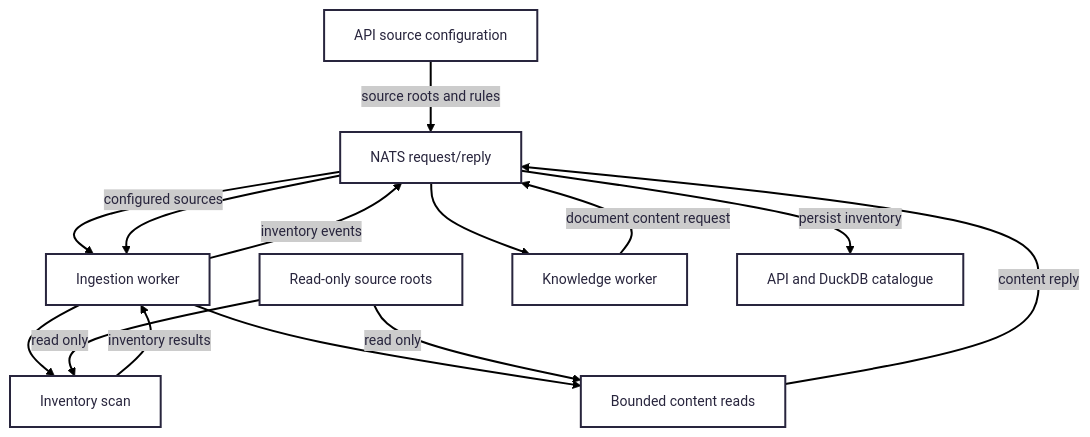
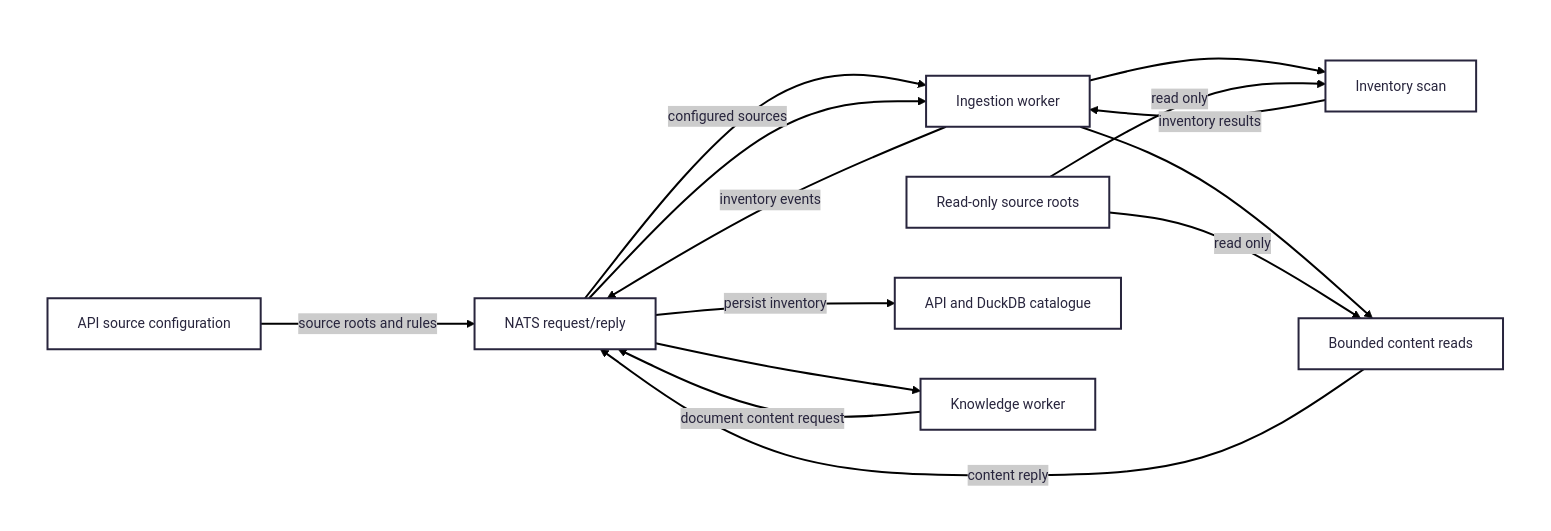
The diagram in infrastructure/filesystem/README.md (chrisob55/workspace-brain), drawn with Mermaid before and after one commit. The commit also changed 11 other files, not shown here.

First line of the commit message:
docs(architecture): add opaque white diagram backdrops

````diff
--- a/infrastructure/filesystem/README.md
+++ b/infrastructure/filesystem/README.md
@@ -10,30 +10,33 @@
 ```mermaid
 ---
 config:
   theme: redux-color
   themeVariables:
     background: '#ffffff'
 ---
 flowchart TB
-  Config["API source configuration"]
-  Bus["NATS request/reply"]
-  Ingestion["Ingestion worker"]
-  Roots["Read-only source roots"]
-  Scan["Inventory scan"]
-  Content["Bounded content reads"]
-  Knowledge["Knowledge worker"]
-  Catalogue["API and DuckDB catalogue"]
-  Config -->|"source roots and rules"| Bus
-  Bus -->|"configured sources"| Ingestion
-  Ingestion --> Scan
-  Roots -->|"read only"| Scan
-  Scan -->|"inventory results"| Ingestion
-  Ingestion -->|"inventory events"| Bus
-  Bus -->|"persist inventory"| Catalogue
-  Knowledge -->|"document content request"| Bus
-  Bus --> Ingestion
-  Ingestion --> Content
-  Roots -->|"read only"| Content
-  Content -->|"content reply"| Bus
-  Bus --> Knowledge
+  subgraph WhiteBackground[" "]
+    Config["API source configuration"]
+    Bus["NATS request/reply"]
+    Ingestion["Ingestion worker"]
+    Roots["Read-only source roots"]
+    Scan["Inventory scan"]
+    Content["Bounded content reads"]
+    Knowledge["Knowledge worker"]
+    Catalogue["API and DuckDB catalogue"]
+    Config -->|"source roots and rules"| Bus
+    Bus -->|"configured sources"| Ingestion
+    Ingestion --> Scan
+    Roots -->|"read only"| Scan
+    Scan -->|"inventory results"| Ingestion
+    Ingestion -->|"inventory events"| Bus
+    Bus -->|"persist inventory"| Catalogue
+    Knowledge -->|"document content request"| Bus
+    Bus --> Ingestion
+    Ingestion --> Content
+    Roots -->|"read only"| Content
+    Content -->|"content reply"| Bus
+    Bus --> Knowledge
+  end
+  style WhiteBackground fill:#ffffff,stroke:#ffffff,color:#ffffff
 ```
````
